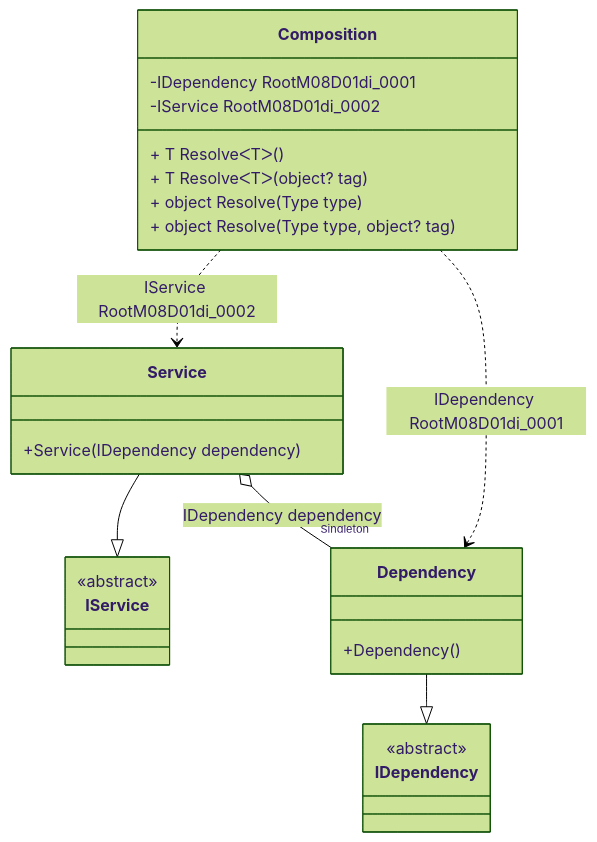
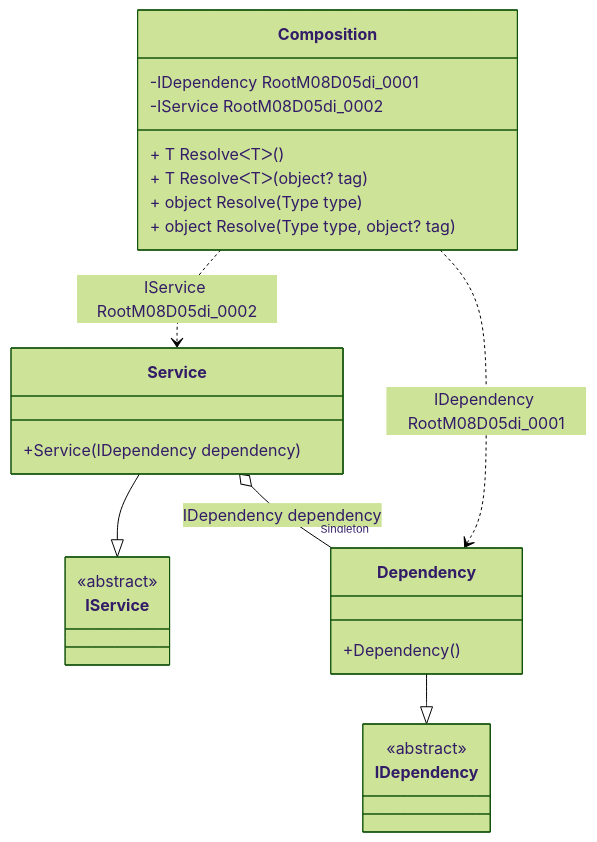
Before and after one commit to DevTeam/Pure.DI: the diagram in readme/service-collection.md, drawn with Mermaid (forest theme). The commit also changed other lines of this file and 58 other files, not shown here.

````diff
--- a/readme/service-collection.md
+++ b/readme/service-collection.md
@@ -75,28 +75,28 @@
 ```mermaid
 classDiagram
   class Composition {
-    -IDependency RootM08D01di_0001
-    -IService RootM08D01di_0002
+    -IDependency RootM08D05di_0001
+    -IService RootM08D05di_0002
     + T ResolveᐸTᐳ()
     + T ResolveᐸTᐳ(object? tag)
     + object Resolve(Type type)
     + object Resolve(Type type, object? tag)
   }
   Service --|> IService : 
   class Service {
     +Service(IDependency dependency)
   }
   Dependency --|> IDependency : 
   class Dependency {
     +Dependency()
   }
   class IService {
     <<abstract>>
   }
   class IDependency {
     <<abstract>>
   }
   Service o--  "Singleton" Dependency : IDependency dependency
-  Composition ..> Dependency : IDependency RootM08D01di_0001
-  Composition ..> Service : IService RootM08D01di_0002
+  Composition ..> Dependency : IDependency RootM08D05di_0001
+  Composition ..> Service : IService RootM08D05di_0002
 ```
````
